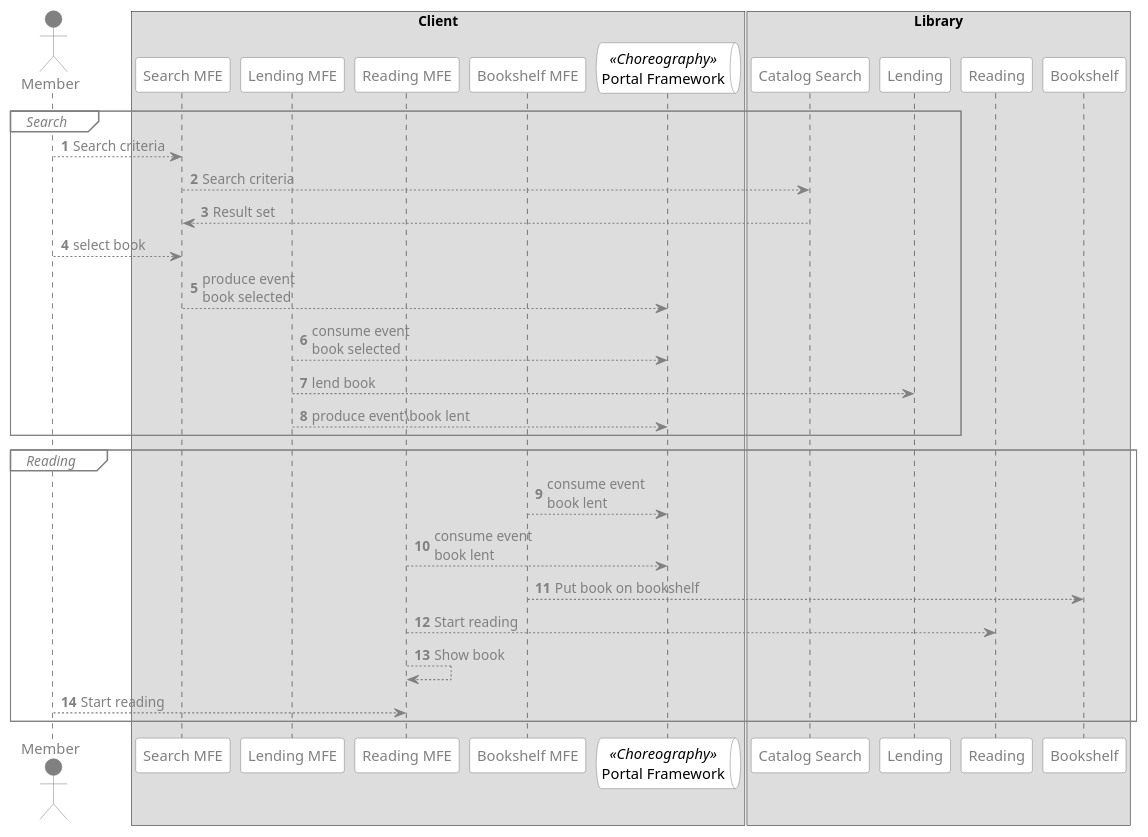
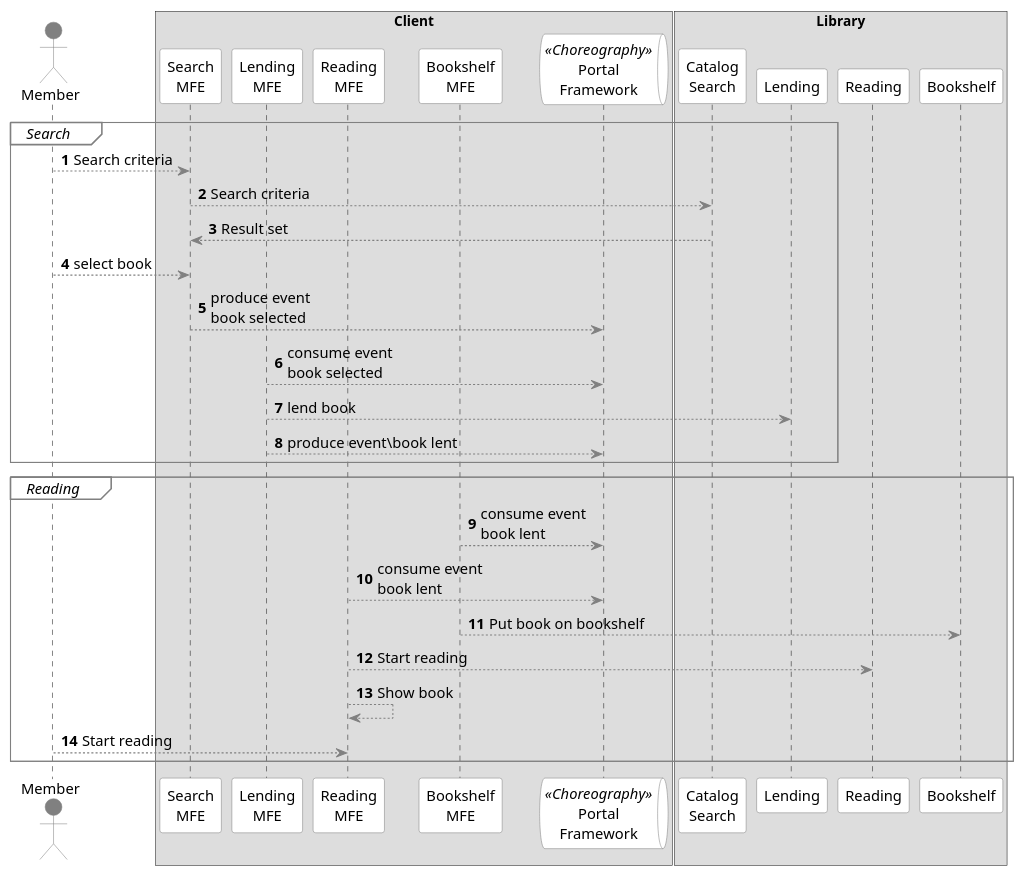
The diagram in TacticalDesign/Library/Choreography.puml (Grinseteddy/MasteringDdd), drawn with PlantUML before and after one commit. The commit also changed 3 other files, not shown here.

```diff
--- a/TacticalDesign/Library/Choreography.puml
+++ b/TacticalDesign/Library/Choreography.puml
@@ -1,84 +1,91 @@
 @startuml
 'https://plantuml.com/sequence-diagram
 
 autonumber
 autonumber
 skinparam arrow {
-    fontcolor grey
+    fontcolor black
     color grey
+    fontsize 14
 }
 
 skinparam participant {
     backgroundcolor white
-    fontcolor grey
+    fontcolor black
     bordercolor grey
+    fontsize 14
 }
 
 skinparam queue {
     backgroundcolor white
-    fontcolor grey
+    fontcolor black
     bordercolor grey
     fontcolor<<Choreography>> black
+    fontsize 14
 }
 
 skinparam actor {
     backgroundcolor grey
-    fontcolor grey
+    fontcolor black
     bordercolor grey
+    fontsize 14
 }
 
 <style>
 sequenceDiagram {
   group {
     FontStyle italic
     LineThickness 1
     LineColor grey
+    fontcolor black
+    fontsize 14
   }
   groupHeader {
     FontStyle italic
-    FontColor grey
+    FontColor black
     BackGroundColor white
     LineColor grey
+    fontsize 14
   }
 }
 </style>
 
 actor Member as member
 
 box Client
-    participant "Search MFE" as searchUi
-    participant "Lending MFE" as lendingUi
-    participant "Reading MFE" as readingUi
-    participant "Bookshelf MFE" as bookshelfUi
-    queue "Portal Framework" as portalQueue <<Choreography>>
+    participant "Search\nMFE" as searchUi
+    participant "Lending\nMFE" as lendingUi
+    participant "Reading\nMFE" as readingUi
+    participant "Bookshelf\nMFE" as bookshelfUi
+    queue "Portal\nFramework" as portalQueue <<Choreography>>
 
 
 box Library
-    participant "Catalog Search" as searchComponent
+    participant "Catalog\nSearch" as searchComponent
     participant "Lending" as lendingComponent
     participant "Reading" as readingComponent
     participant "Bookshelf" as bookshelfComponent
 
 group Search
     member --> searchUi : Search criteria
     searchUi --> searchComponent : Search criteria
     searchComponent --> searchUi : Result set
     member --> searchUi: select book
 
     searchUi --> portalQueue : produce event\nbook selected
     lendingUi --> portalQueue : consume event\nbook selected
     lendingUi --> lendingComponent : lend book
     lendingUi --> portalQueue : produce event\book lent
 end group
 
 group Reading
     bookshelfUi --> portalQueue : consume event\nbook lent
     readingUi --> portalQueue : consume event\nbook lent
     bookshelfUi --> bookshelfComponent : Put book on bookshelf
     readingUi --> readingComponent : Start reading
     readingUi --> readingUi : Show book
     member --> readingUi : Start reading
 end group
 
 
 @enduml
```
